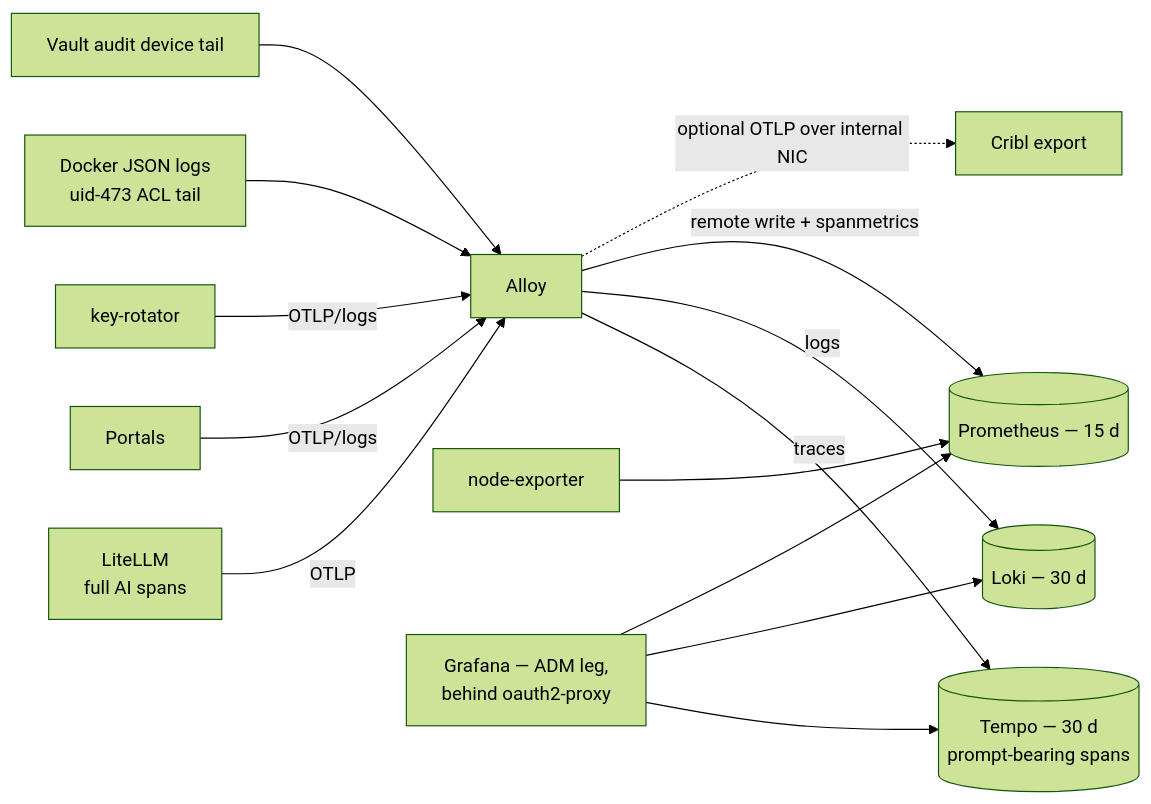
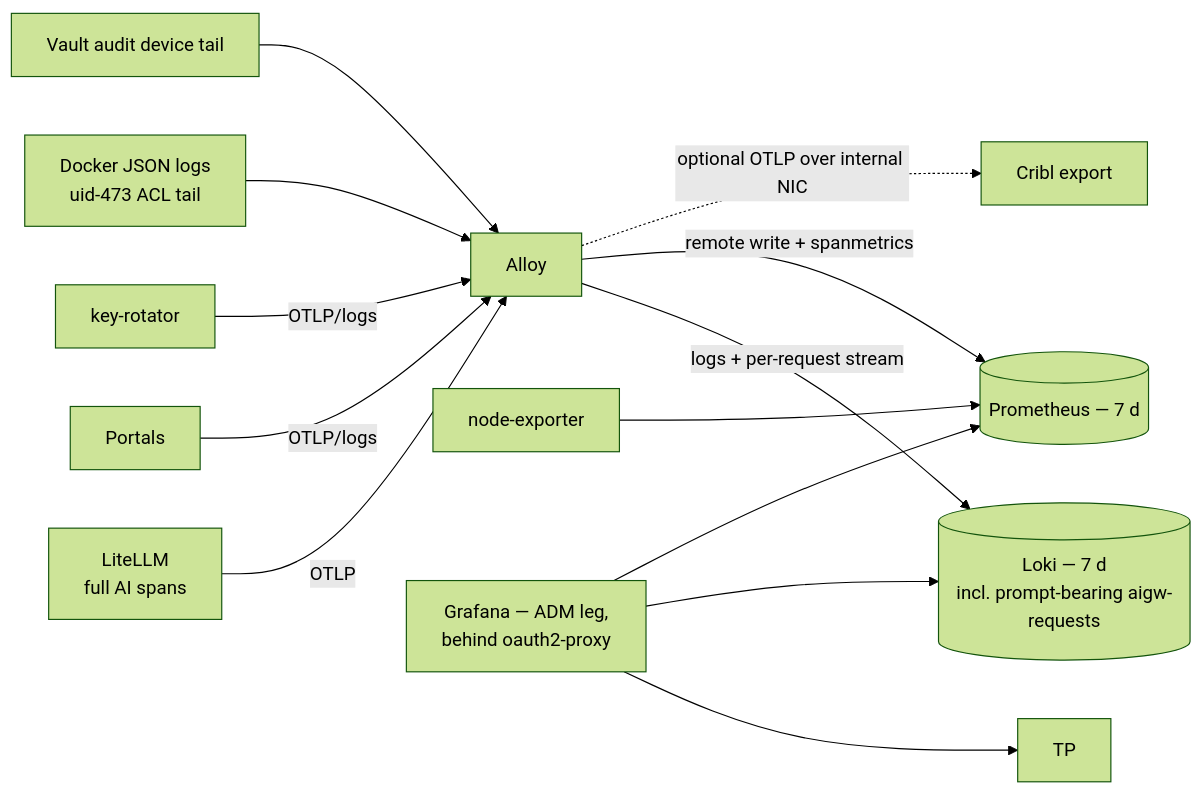
The eighth of 9 diagrams in docs/architecture-diagrams.md (derhornspieler/ai-gateway), drawn with Mermaid (forest theme) before and after one commit. The commit also changed other lines of this file and 12 other files, not shown here.

````diff
--- a/docs/architecture-diagrams.md
+++ b/docs/architecture-diagrams.md
@@ -208,15 +209,14 @@
 ```mermaid
 flowchart LR
   LL[LiteLLM<br/>full AI spans] -->|OTLP| AL[Alloy]
   DP[Portals] -->|OTLP/logs| AL
   KR[key-rotator] -->|OTLP/logs| AL
   DL[Docker JSON logs<br/>uid-473 ACL tail] --> AL
   VA[Vault audit device tail] --> AL
 
-  AL -->|traces| TP[(Tempo — 30 d<br/>prompt-bearing spans)]
-  AL -->|logs| LK[(Loki — 30 d)]
-  AL -->|remote write + spanmetrics| PR[(Prometheus — 15 d)]
+  AL -->|logs + per-request stream| LK[(Loki — 7 d<br/>incl. prompt-bearing aigw-requests)]
+  AL -->|remote write + spanmetrics| PR[(Prometheus — 7 d)]
   NE[node-exporter] --> PR
   AL -.optional OTLP over internal NIC.-> CR[Cribl export]
   GF[Grafana — ADM leg,<br/>behind oauth2-proxy] --> TP & LK & PR
 ```
````
